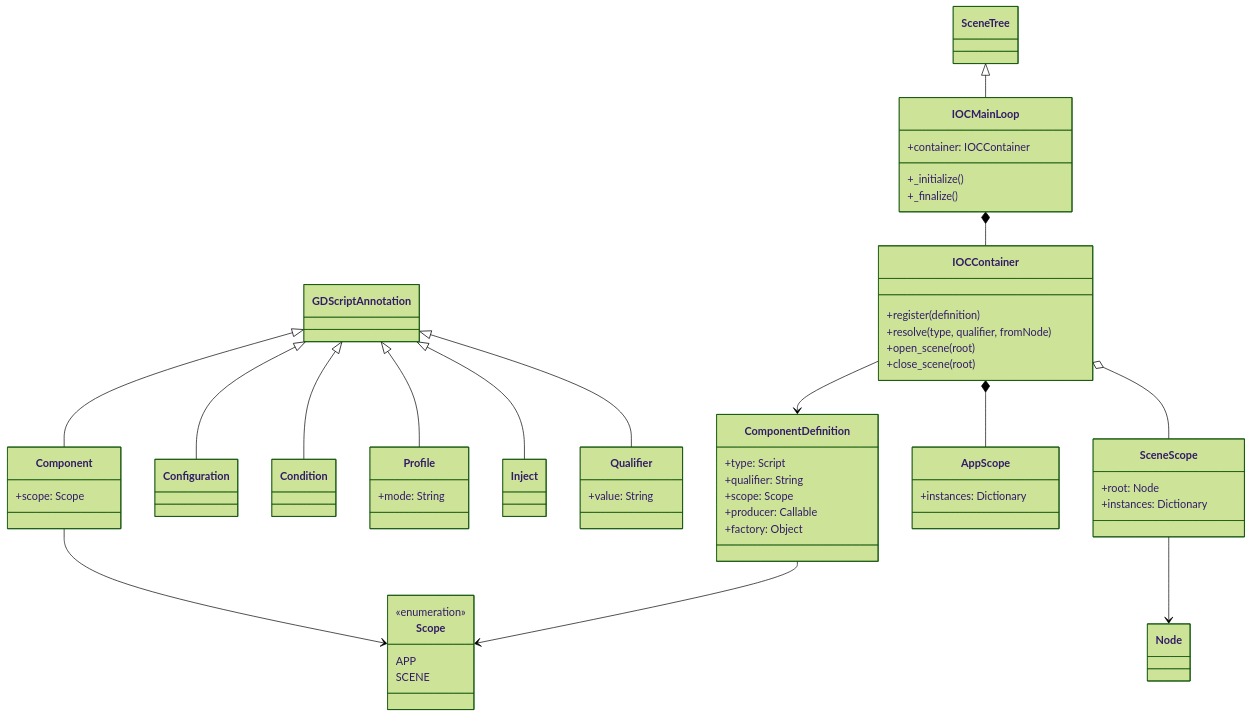
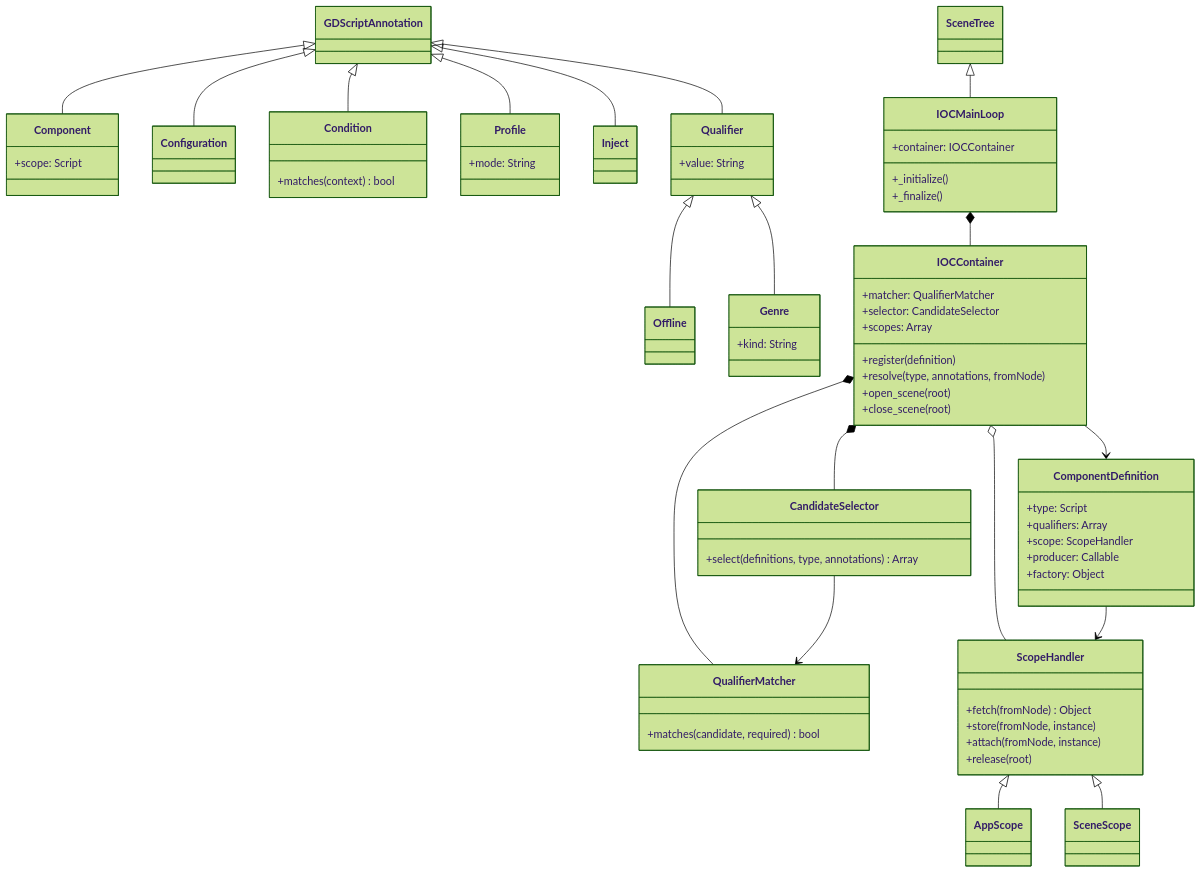
The third of 9 diagrams in docs/ioc-architecture.md (jaeckl/annotation-addon), drawn with Mermaid (forest theme) before and after one commit. The commit also changed other lines of this file, not shown here.

````diff
--- a/docs/ioc-architecture.md
+++ b/docs/ioc-architecture.md
@@ -76,61 +78,76 @@
 ```mermaid
 classDiagram
     class GDScriptAnnotation
     class Component {
-        +scope: Scope
+        +scope: Script
     }
     class Configuration
-    class Condition
+    class Condition {
+        +matches(context) bool
+    }
     class Profile {
         +mode: String
     }
     class Inject
     class Qualifier {
         +value: String
     }
+    class Offline
+    class Genre {
+        +kind: String
+    }
+    class QualifierMatcher {
+        +matches(candidate, required) bool
+    }
+    class CandidateSelector {
+        +select(definitions, type, annotations) Array
+    }
+    class ScopeHandler {
+        +fetch(fromNode) Object
+        +store(fromNode, instance)
+        +attach(fromNode, instance)
+        +release(root)
+    }
+    class AppScope
+    class SceneScope
     class IOCMainLoop {
         +container: IOCContainer
         +_initialize()
         +_finalize()
     }
     class IOCContainer {
+        +matcher: QualifierMatcher
+        +selector: CandidateSelector
+        +scopes: Array
         +register(definition)
-        +resolve(type, qualifier, fromNode)
+        +resolve(type, annotations, fromNode)
         +open_scene(root)
         +close_scene(root)
     }
     class ComponentDefinition {
         +type: Script
-        +qualifier: String
-        +scope: Scope
+        +qualifiers: Array
+        +scope: ScopeHandler
         +producer: Callable
         +factory: Object
-    }
-    class Scope {
-        <<enumeration>>
-        APP
-        SCENE
-    }
-    class AppScope {
-        +instances: Dictionary
-    }
-    class SceneScope {
-        +root: Node
-        +instances: Dictionary
     }
 
     GDScriptAnnotation <|-- Component
     GDScriptAnnotation <|-- Configuration
     GDScriptAnnotation <|-- Condition
     GDScriptAnnotation <|-- Profile
     GDScriptAnnotation <|-- Inject
     GDScriptAnnotation <|-- Qualifier
+    Qualifier <|-- Offline
+    Qualifier <|-- Genre
+    ScopeHandler <|-- AppScope
+    ScopeHandler <|-- SceneScope
     SceneTree <|-- IOCMainLoop
     IOCMainLoop *-- IOCContainer
-    IOCContainer *-- AppScope
-    IOCContainer o-- SceneScope
+    IOCContainer *-- QualifierMatcher
+    IOCContainer *-- CandidateSelector
+    IOCContainer o-- ScopeHandler
     IOCContainer --> ComponentDefinition
-    ComponentDefinition --> Scope
-    Component --> Scope
-    SceneScope --> Node
+    ComponentDefinition --> ScopeHandler
+    CandidateSelector --> QualifierMatcher
 ```
````
